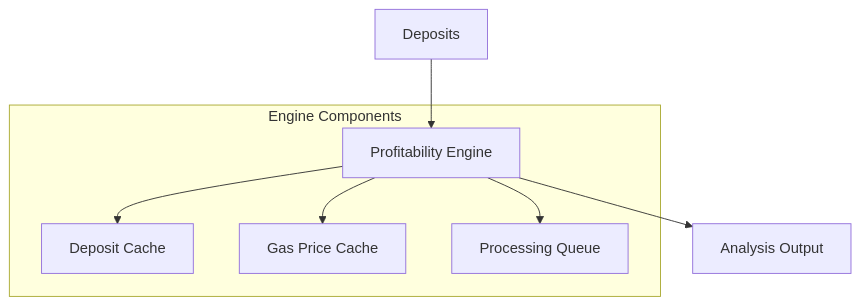
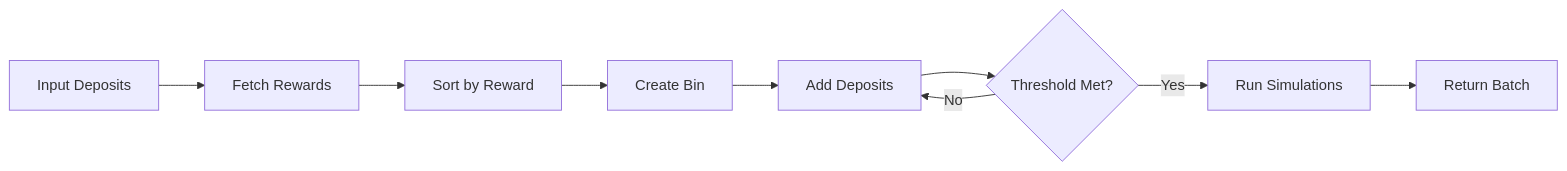
The third of 5 diagrams in src/profitability/README.md (ScopeLift/staker-bots), drawn with Mermaid before and after one commit. The commit also changed other lines of this file and 11 other files, not shown here.

````diff
--- a/src/profitability/README.md
+++ b/src/profitability/README.md
@@ -262,15 +106,11 @@
 ```mermaid
-graph TD
-    A[Deposits] --> B[Profitability Engine]
-    B --> C[Deposit Cache]
-    B --> D[Gas Price Cache]
-    B --> E[Processing Queue]
-    B --> F[Analysis Output]
-
-    subgraph "Engine Components"
-        B
-        C
-        D
-        E
-    end
+flowchart LR
+    A[Input Deposits] --> B[Fetch Rewards]
+    B --> C[Sort by Reward]
+    C --> D[Create Bin]
+    D --> E[Add Deposits]
+    E --> F{Threshold Met?}
+    F -->|No| E
+    F -->|Yes| G[Run Simulations]
+    G --> H[Return Batch]
 ```
````
